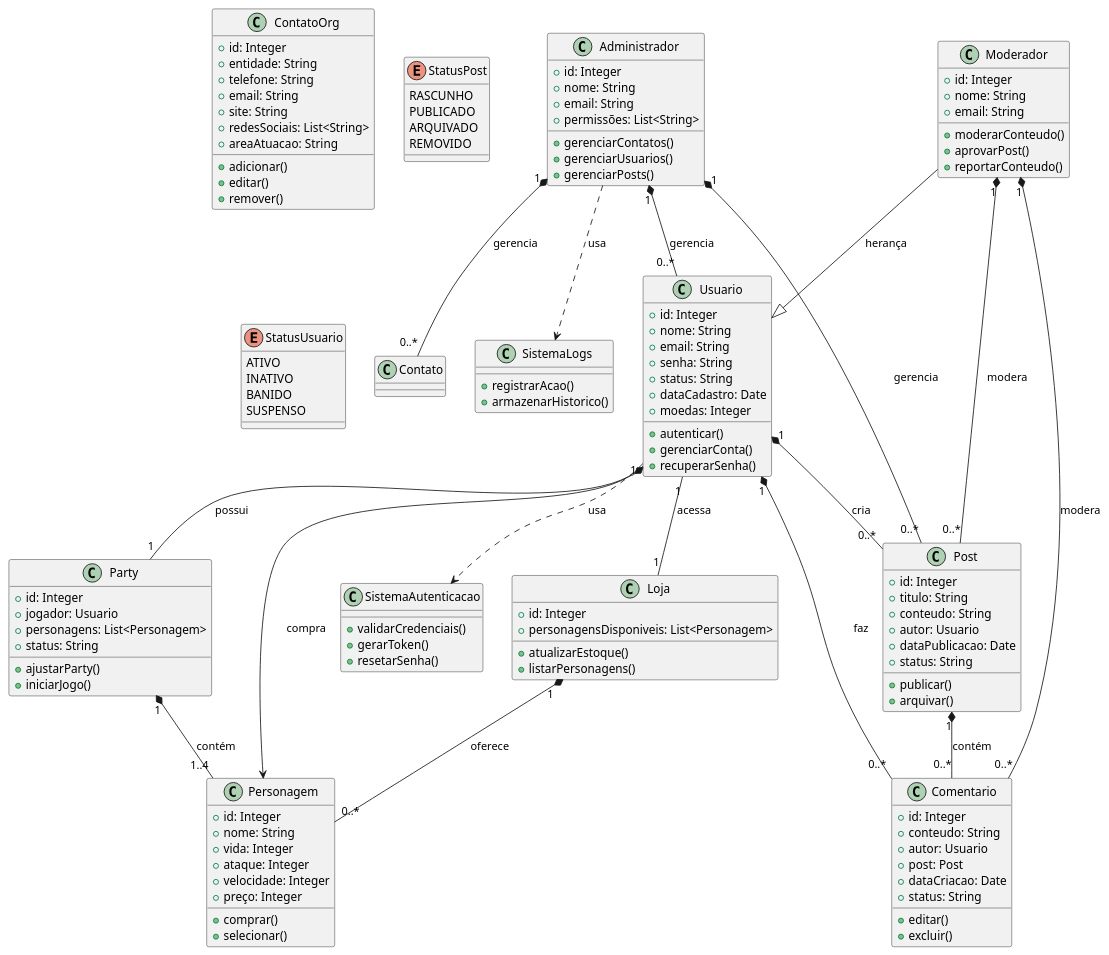
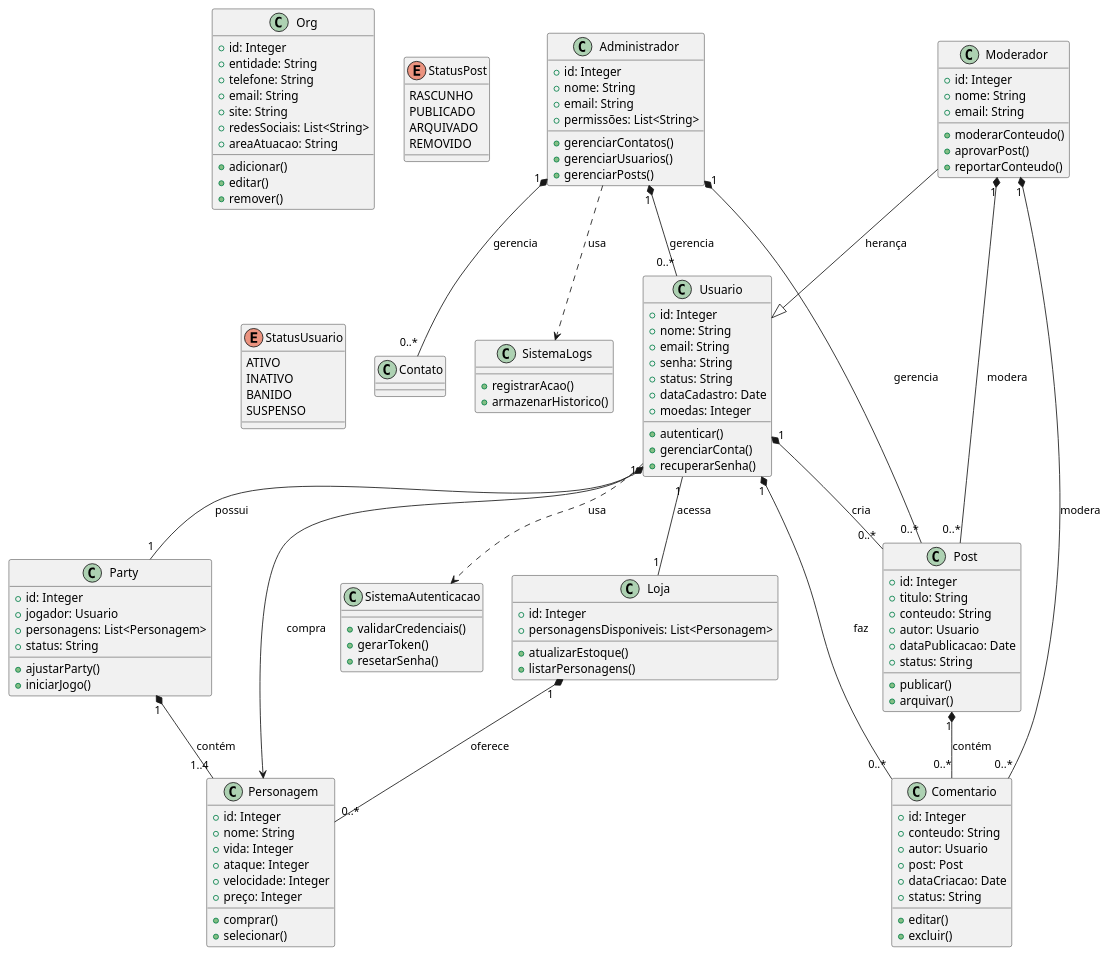
Before and after one commit to fatec-project/lm-projeto-interdisciplinar-sem-5: the diagram in diagramas/classes/sistema-geral.puml, drawn with PlantUML.

Commit message:
Renomeia a classe ContatoOrg para Org

```diff
--- a/diagramas/classes/sistema-geral.puml
+++ b/diagramas/classes/sistema-geral.puml
@@ -1,145 +1,145 @@
 @startuml sistema_geral_atualizado
 
 class Administrador {
   + id: Integer
   + nome: String
   + email: String
   + permissões: List<String>
   + gerenciarContatos()
   + gerenciarUsuarios()
   + gerenciarPosts()
 }
 
 class Moderador {
   + id: Integer
   + nome: String
   + email: String
   + moderarConteudo()
   + aprovarPost()
   + reportarConteudo()
 }
 
 class Usuario {
   + id: Integer
   + nome: String
   + email: String
   + senha: String
   + status: String
   + dataCadastro: Date
   + moedas: Integer
   + autenticar()
   + gerenciarConta()
   + recuperarSenha()
 }
 
 class Post {
   + id: Integer
   + titulo: String
   + conteudo: String
   + autor: Usuario
   + dataPublicacao: Date
   + status: String
   + publicar()
   + arquivar()
 }
 
 class Comentario {
   + id: Integer
   + conteudo: String
   + autor: Usuario
   + post: Post
   + dataCriacao: Date
   + status: String
   + editar()
   + excluir()
 }
 
-class ContatoOrg {
+class Org {
   + id: Integer
   + entidade: String
   + telefone: String
   + email: String
   + site: String
   + redesSociais: List<String>
   + areaAtuacao: String
   + adicionar()
   + editar()
   + remover()
 }
 
 class Party {
   + id: Integer
   + jogador: Usuario
   + personagens: List<Personagem>
   + status: String
   + ajustarParty()
   + iniciarJogo()
 }
 
 class Personagem {
   + id: Integer
   + nome: String
   + vida: Integer
   + ataque: Integer
   + velocidade: Integer
   + preço: Integer
   + comprar()
   + selecionar()
 }
 
 class Loja {
   + id: Integer
   + personagensDisponiveis: List<Personagem>
   + atualizarEstoque()
   + listarPersonagens()
 }
 
 class SistemaAutenticacao {
   + validarCredenciais()
   + gerarToken()
   + resetarSenha()
 }
 
 class SistemaLogs {
   + registrarAcao()
   + armazenarHistorico()
 }
 
 Administrador "1" *-- "0..*" Contato : gerencia
 Administrador "1" *-- "0..*" Usuario : gerencia
 Administrador "1" *-- "0..*" Post : gerencia
 
 Moderador --|> Usuario : herança
 Moderador "1" *-- "0..*" Post : modera
 Moderador "1" *-- "0..*" Comentario : modera
 
 Usuario "1" *-- "0..*" Post : cria
 Usuario "1" *-- "0..*" Comentario : faz
 Usuario "1" *-- "1" Party : possui
 
 Post "1" *-- "0..*" Comentario : contém
 
 Party "1" *-- "1..4" Personagem : contém
 
 Loja "1" *-- "0..*" Personagem : oferece
 Usuario "1" -- "1" Loja : acessa
 Usuario --> Personagem : compra
 
 Usuario ..> SistemaAutenticacao : usa
 Administrador ..> SistemaLogs : usa
 
 enum StatusPost {
   RASCUNHO
   PUBLICADO
   ARQUIVADO
   REMOVIDO
 }
 
 enum StatusUsuario {
   ATIVO
   INATIVO
   BANIDO
   SUSPENSO
 }
 
 @enduml
```
